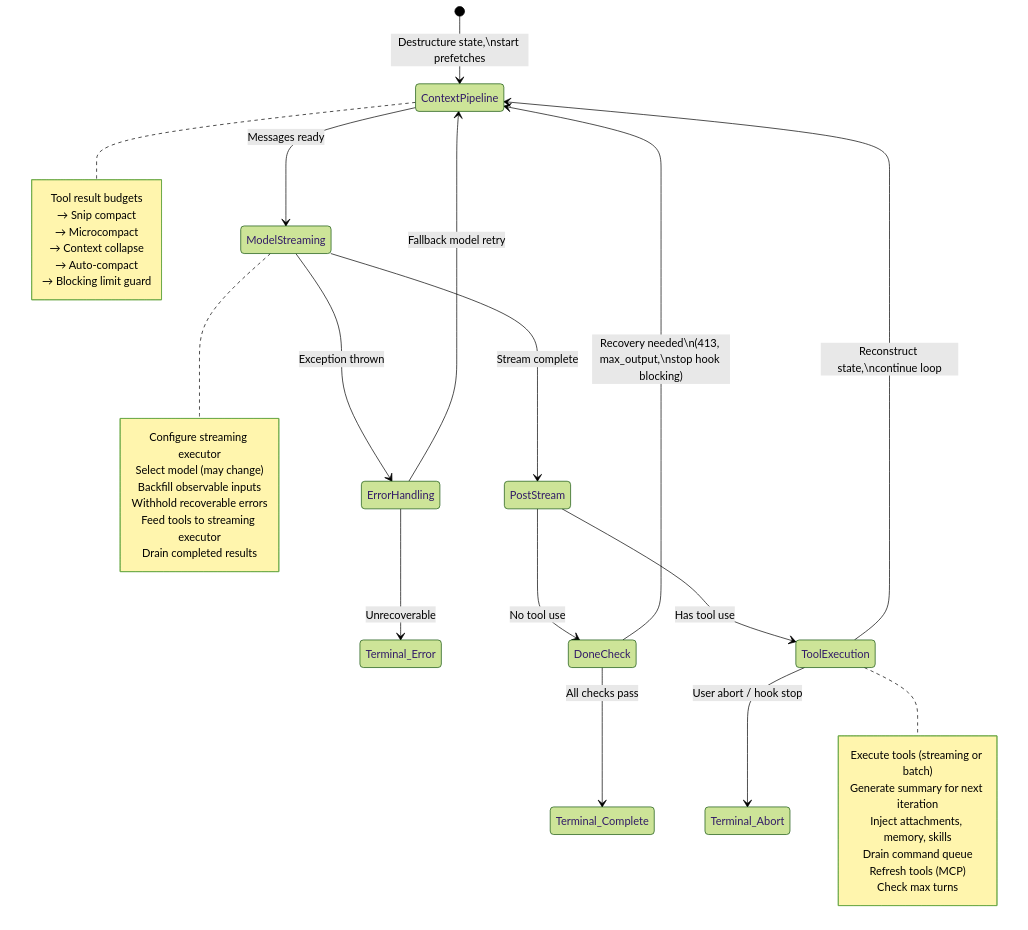
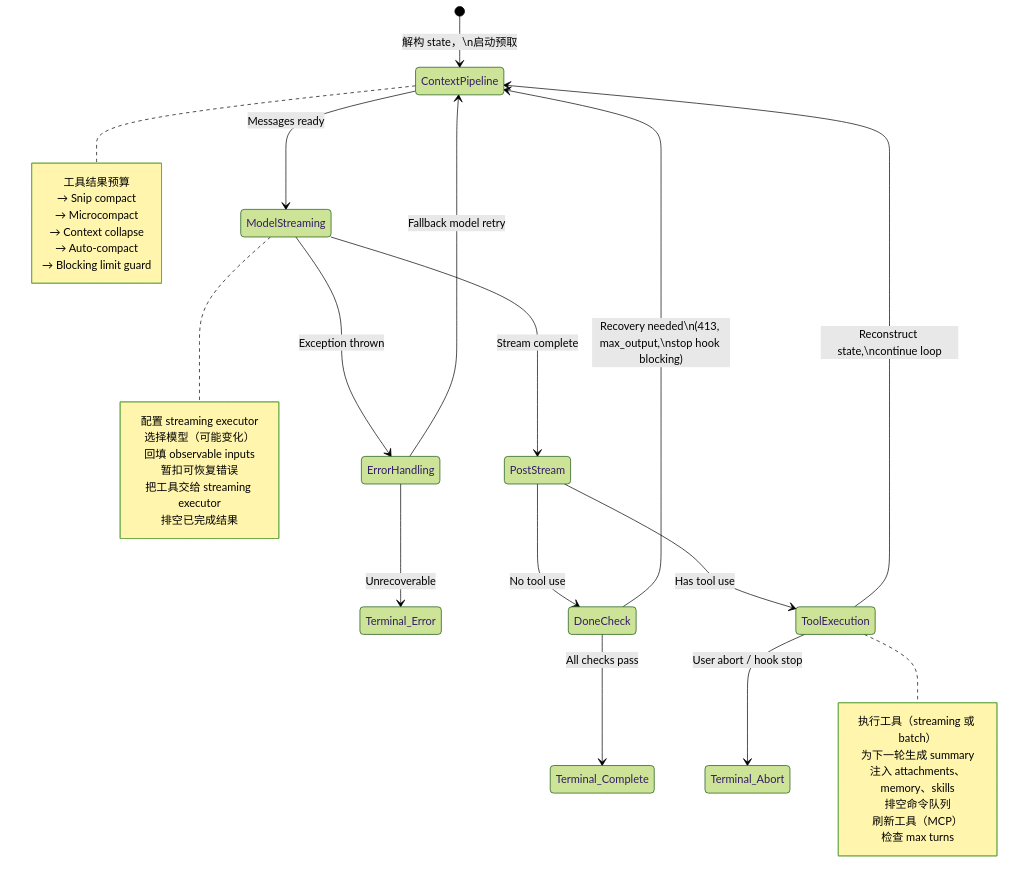
Before and after one commit to quanuanc/claude-code-from-source: the first of 3 diagrams in book-zh/ch05-agent-loop.md, drawn with Mermaid (forest theme). The commit also changed other lines of this file and 1 other file, not shown here.

````diff
--- a/book-zh/ch05-agent-loop.md
+++ b/book-zh/ch05-agent-loop.md
@@ -145,45 +138,45 @@
 ```mermaid
 stateDiagram-v2
-    [*] --> ContextPipeline: Destructure state,\nstart prefetches
+    [*] --> ContextPipeline: 解构 state，\n启动预取
 
     ContextPipeline --> ModelStreaming: Messages ready
     note right of ContextPipeline
-        Tool result budgets
+        工具结果预算
         → Snip compact
         → Microcompact
         → Context collapse
         → Auto-compact
         → Blocking limit guard
     end note
 
     ModelStreaming --> PostStream: Stream complete
     ModelStreaming --> ErrorHandling: Exception thrown
     note right of ModelStreaming
-        Configure streaming executor
-        Select model (may change)
-        Backfill observable inputs
-        Withhold recoverable errors
-        Feed tools to streaming executor
-        Drain completed results
+        配置 streaming executor
+        选择模型（可能变化）
+        回填 observable inputs
+        暂扣可恢复错误
+        把工具交给 streaming executor
+        排空已完成结果
     end note
 
     ErrorHandling --> Terminal_Error: Unrecoverable
     ErrorHandling --> ContextPipeline: Fallback model retry
 
     PostStream --> DoneCheck: No tool use
     PostStream --> ToolExecution: Has tool use
 
     DoneCheck --> Terminal_Complete: All checks pass
     DoneCheck --> ContextPipeline: Recovery needed\n(413, max_output,\nstop hook blocking)
 
     ToolExecution --> Terminal_Abort: User abort / hook stop
     ToolExecution --> ContextPipeline: Reconstruct state,\ncontinue loop
     note right of ToolExecution
-        Execute tools (streaming or batch)
-        Generate summary for next iteration
-        Inject attachments, memory, skills
-        Drain command queue
-        Refresh tools (MCP)
-        Check max turns
+        执行工具（streaming 或 batch）
+        为下一轮生成 summary
+        注入 attachments、memory、skills
+        排空命令队列
+        刷新工具（MCP）
+        检查 max turns
     end note
 ```
````
